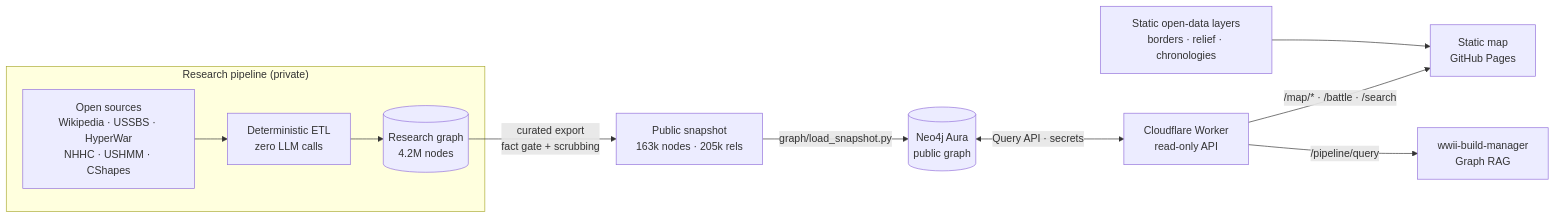
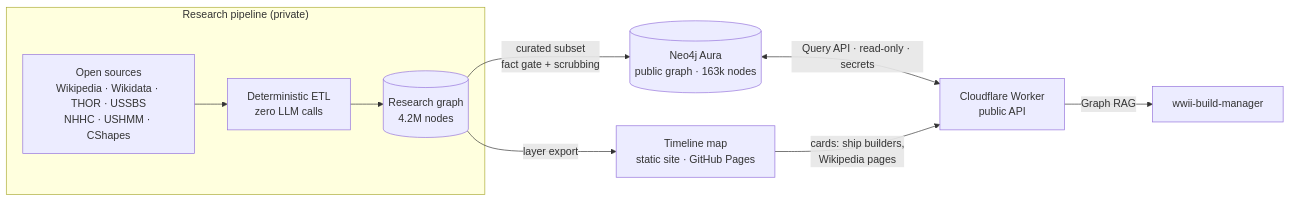
Before and after one commit to pinchasrosenberg/wwii-atlas: the diagram in README.md, drawn with Mermaid. The commit also changed other lines of this file and 571 other files, not shown here.

First line of the commit message:
Map: replace with the WWII timeline atlas; Wikipedia links on battle and unit cards

````diff
--- a/README.md
+++ b/README.md
@@ -41,15 +51,14 @@
 ```mermaid
 flowchart LR
     subgraph Research["Research pipeline (private)"]
-        SRC[Open sources<br/>Wikipedia · USSBS · HyperWar<br/>NHHC · USHMM · CShapes]
+        SRC[Open sources<br/>Wikipedia · Wikidata · THOR · USSBS<br/>NHHC · USHMM · CShapes]
         ETL[Deterministic ETL<br/>zero LLM calls]
         RG[(Research graph<br/>4.2M nodes)]
         SRC --> ETL --> RG
     end
-    RG -->|curated export<br/>fact gate + scrubbing| SNAP[Public snapshot<br/>163k nodes · 205k rels]
-    SNAP -->|graph/load_snapshot.py| AURA[(Neo4j Aura<br/>public graph)]
-    AURA <-->|Query API · secrets| API[Cloudflare Worker<br/>read-only API]
-    API -->|/map/* · /battle · /search| MAP[Static map<br/>GitHub Pages]
-    API -->|/pipeline/query| BM[wwii-build-manager<br/>Graph RAG]
-    STATIC[Static open-data layers<br/>borders · relief · chronologies] --> MAP
+    RG -->|layer export| MAP[Timeline map<br/>static site · GitHub Pages]
+    RG -->|curated subset<br/>fact gate + scrubbing| AURA[(Neo4j Aura<br/>public graph · 163k nodes)]
+    AURA <-->|Query API · read-only · secrets| API[Cloudflare Worker<br/>public API]
+    MAP -->|cards: ship builders,<br/>Wikipedia pages| API
+    API -->|Graph RAG| BM[wwii-build-manager]
 ```
````
